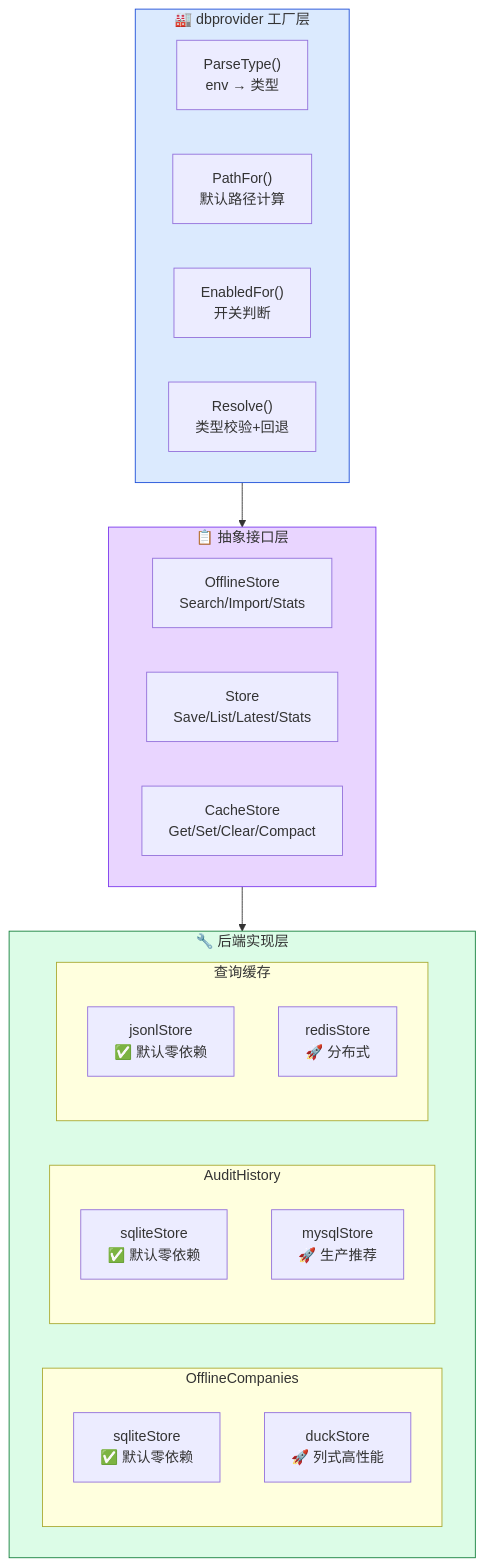
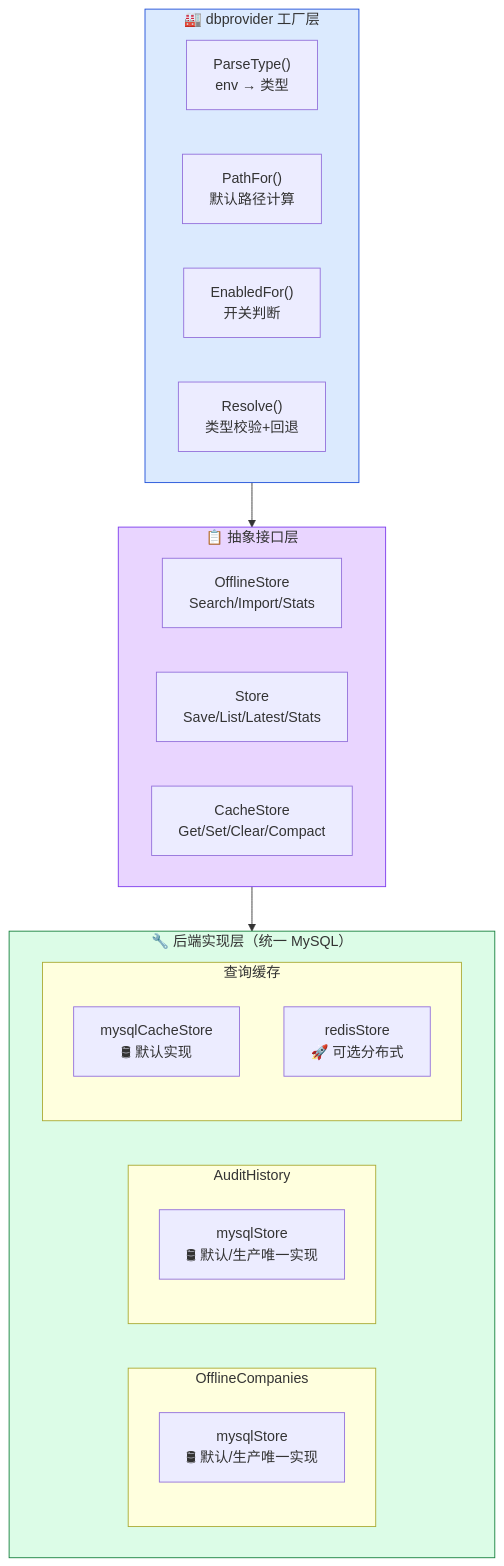
Diagram 19 of 31 in docs/architecture.md (deep2code/geo), drawn with Mermaid before and after one commit. The commit also changed other lines of this file and 26 other files, not shown here.

First line of the commit message:
refactor!: 移除 SQLite/JSONL/DuckDB，所有数据层统一使用 MySQL 8.0

````diff
--- a/docs/architecture.md
+++ b/docs/architecture.md
@@ -501,37 +501,35 @@
 ```mermaid
 graph TB
     subgraph 工厂层["🏭 dbprovider 工厂层"]
         PT["ParseType()<br/>env → 类型"]
         PF["PathFor()<br/>默认路径计算"]
         EN["EnabledFor()<br/>开关判断"]
         RS["Resolve()<br/>类型校验+回退"]
     end
 
     subgraph 接口层["📋 抽象接口层"]
         IO["OfflineStore<br/>Search/Import/Stats"]
         IH["Store<br/>Save/List/Latest/Stats"]
         IC["CacheStore<br/>Get/Set/Clear/Compact"]
     end
 
-    subgraph 后端实现层["🔧 后端实现层"]
+    subgraph 后端实现层["🔧 后端实现层（统一 MySQL）"]
         subgraph 离线工商 ["OfflineCompanies"]
-            OSQL["sqliteStore<br/>✅ 默认零依赖"]
-            ODUC["duckStore<br/>🚀 列式高性能"]
+            OMY["mysqlStore<br/>🛢 默认/生产唯一实现"]
         end
         subgraph 审计历史 ["AuditHistory"]
-            HSQL["sqliteStore<br/>✅ 默认零依赖"]
-            HMY["mysqlStore<br/>🚀 生产推荐"]
+            HMY["mysqlStore<br/>🛢 默认/生产唯一实现"]
         end
         subgraph ChinaCheck ["查询缓存"]
-            CJ["jsonlStore<br/>✅ 默认零依赖"]
-            CRED["redisStore<br/>🚀 分布式"]
+            CMY["mysqlCacheStore<br/>🛢 默认实现"]
+            CRED["redisStore<br/>🚀 可选分布式"]
         end
     end
 
     工厂层 --> 接口层
     接口层 --> 后端实现层
 
     style 工厂层 fill:#dbeafe,stroke:#1d4ed8
     style 接口层 fill:#e9d5ff,stroke:#7c3aed
     style 后端实现层 fill:#dcfce7,stroke:#15803d
 ```
````
